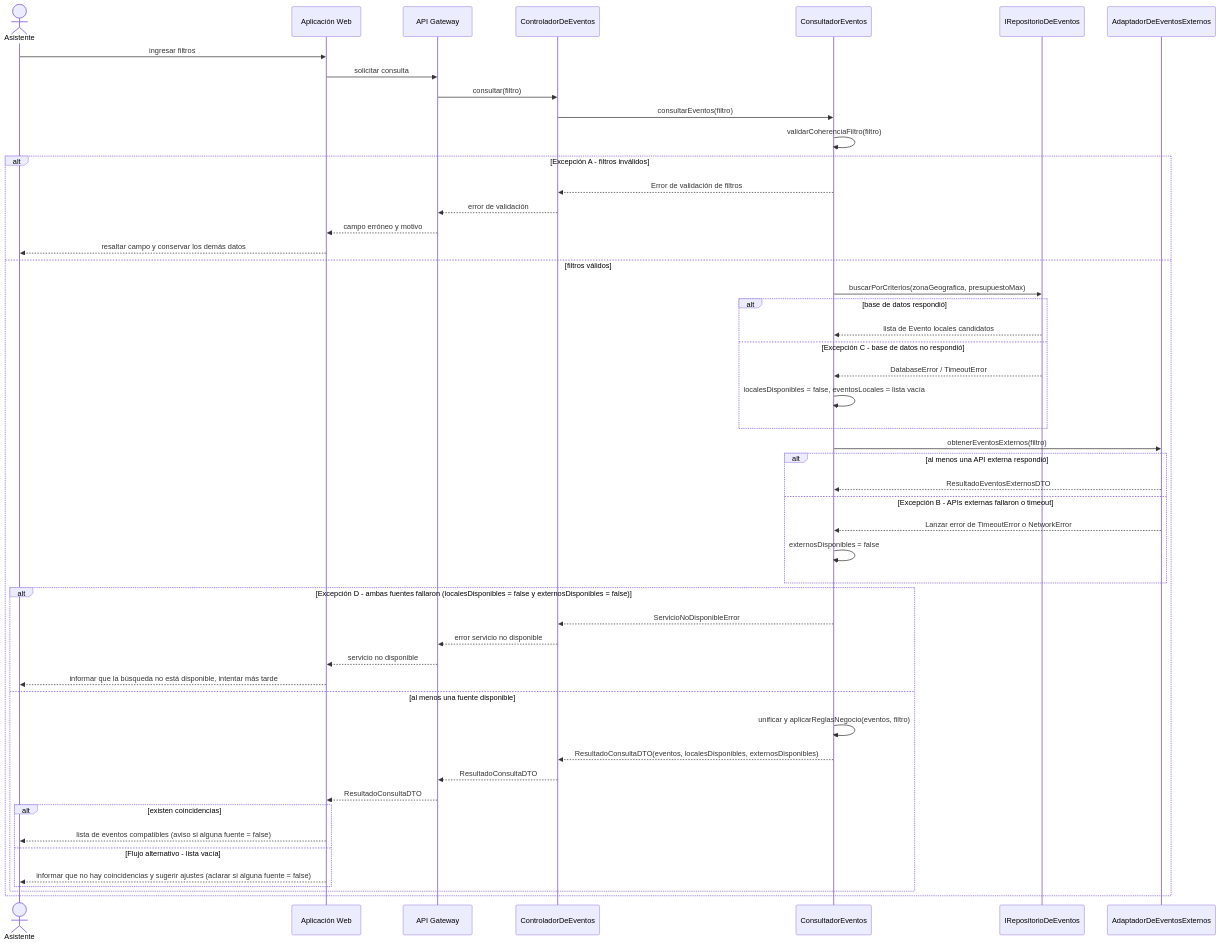
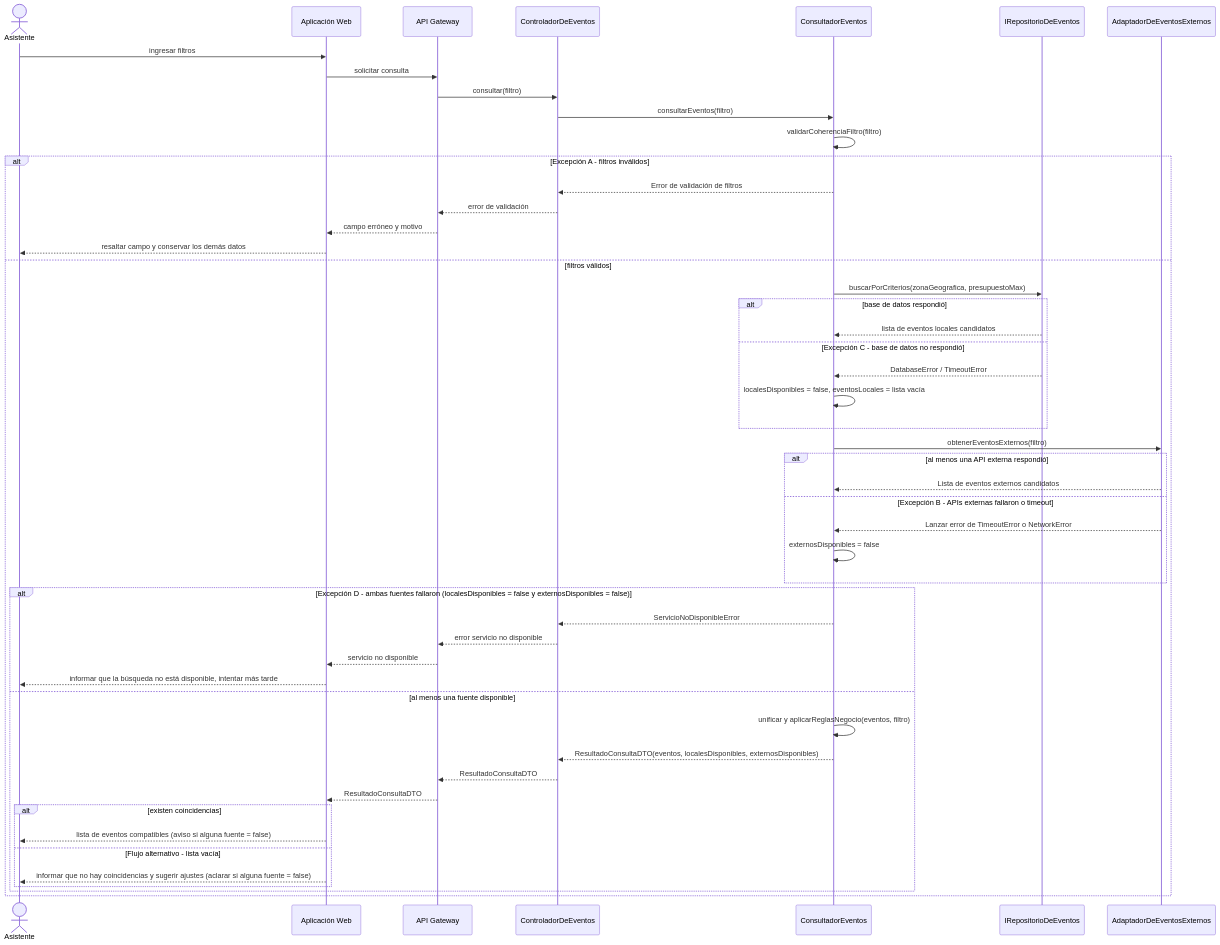
The first of 3 diagrams in Docs/Design/Diseño de Datos e Interacción 02.md (ProyectPlanning/Sistema_de_eventos), drawn with Mermaid before and after one commit.

Commit message:
Fix typos in event candidate list descriptions

````diff
--- a/Docs/Design/Diseño de Datos e Interacción 02.md
+++ b/Docs/Design/Diseño de Datos e Interacción 02.md
@@ -24,59 +24,59 @@
 ```mermaid
 sequenceDiagram
     actor U as Asistente
     participant WEB as Aplicación Web
     participant GW as API Gateway
     participant CE as ControladorDeEventos
     participant CO as ConsultadorEventos
     participant REP as IRepositorioDeEventos
     participant EXT as AdaptadorDeEventosExternos
 
     U->>WEB: ingresar filtros
     WEB->>GW: solicitar consulta
     GW->>CE: consultar(filtro)
     CE->>CO: consultarEventos(filtro)
     CO->>CO: validarCoherenciaFiltro(filtro)
 
     alt Excepción A - filtros inválidos
         CO-->>CE: Error de validación de filtros
         CE-->>GW: error de validación
         GW-->>WEB: campo erróneo y motivo
         WEB-->>U: resaltar campo y conservar los demás datos
     else filtros válidos
         CO->>REP: buscarPorCriterios(zonaGeografica, presupuestoMax)
 
         alt base de datos respondió
-            REP-->>CO: lista de Evento locales candidatos
+            REP-->>CO: lista de eventos locales candidatos
         else Excepción C - base de datos no respondió
             REP-->>CO: DatabaseError / TimeoutError
             CO->>CO: localesDisponibles = false, eventosLocales = lista vacía
         end
 
         CO->>EXT: obtenerEventosExternos(filtro)
 
         alt al menos una API externa respondió
-            EXT-->>CO: ResultadoEventosExternosDTO 
+            EXT-->>CO: Lista de eventos externos candidatos
         else Excepción B - APIs externas fallaron o timeout
             EXT-->>CO: Lanzar error de TimeoutError o NetworkError
             CO->>CO: externosDisponibles = false
         end
 
         alt Excepción D - ambas fuentes fallaron (localesDisponibles = false y externosDisponibles = false)
             CO-->>CE: ServicioNoDisponibleError
             CE-->>GW: error servicio no disponible 
             GW-->>WEB: servicio no disponible
             WEB-->>U: informar que la búsqueda no está disponible, intentar más tarde
         else al menos una fuente disponible
             CO->>CO: unificar y aplicarReglasNegocio(eventos, filtro)
             CO-->>CE: ResultadoConsultaDTO(eventos, localesDisponibles, externosDisponibles)
             CE-->>GW: ResultadoConsultaDTO
             GW-->>WEB: ResultadoConsultaDTO
 
             alt existen coincidencias
                 WEB-->>U: lista de eventos compatibles (aviso si alguna fuente = false)
             else Flujo alternativo - lista vacía
                 WEB-->>U: informar que no hay coincidencias y sugerir ajustes (aclarar si alguna fuente = false)
             end
         end
     end
 ```
````
